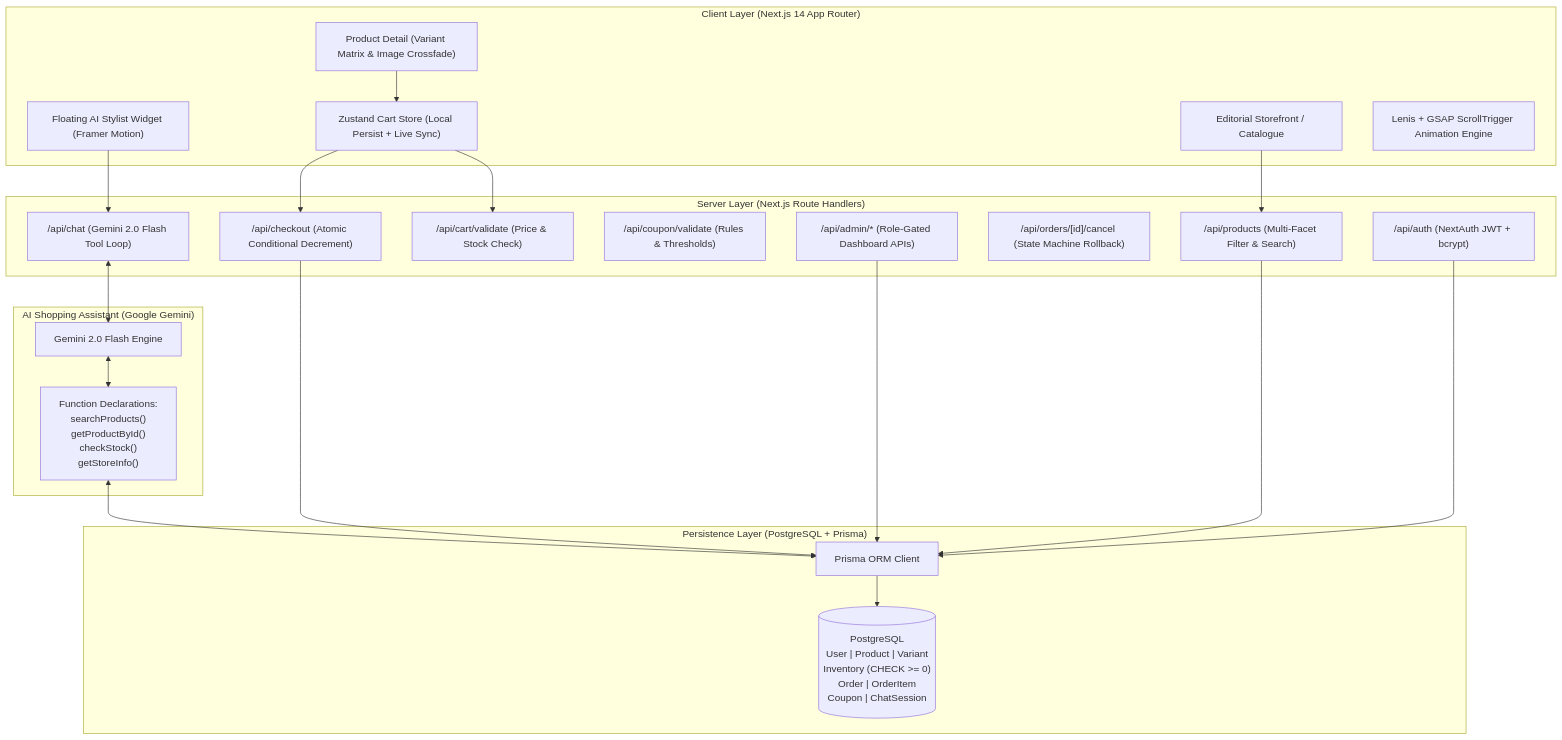
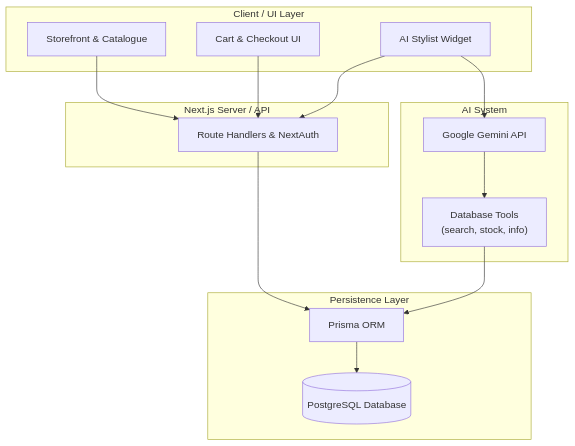
Before and after one commit to PremBorde/Boutique_ecommerce: the diagram in README.md, drawn with Mermaid. The commit also changed other lines of this file and 14 other files, not shown here.

````diff
--- a/README.md
+++ b/README.md
@@ -32,47 +88,32 @@
 ```mermaid
 flowchart TD
-    subgraph Client ["Client Layer (Next.js 14 App Router)"]
-        UI["Editorial Storefront / Catalogue"]
-        PDP["Product Detail (Variant Matrix & Image Crossfade)"]
-        CartStore["Zustand Cart Store (Local Persist + Live Sync)"]
-        ChatUI["Floating AI Stylist Widget (Framer Motion)"]
-        GSAPLayer["Lenis + GSAP ScrollTrigger Animation Engine"]
+    subgraph Client ["Client / UI Layer"]
+        Storefront["Storefront & Catalogue"]
+        Cart["Cart & Checkout UI"]
+        AIChat["AI Stylist Widget"]
     end
 
-    subgraph API ["Server Layer (Next.js Route Handlers)"]
-        AuthRoute["/api/auth (NextAuth JWT + bcrypt)"]
-        ProductsRoute["/api/products (Multi-Facet Filter & Search)"]
-        CartValRoute["/api/cart/validate (Price & Stock Check)"]
-        CouponRoute["/api/coupon/validate (Rules & Thresholds)"]
-        CheckoutRoute["/api/checkout (Atomic Conditional Decrement)"]
-        OrdersRoute["/api/orders/[id]/cancel (State Machine Rollback)"]
-        AdminRoutes["/api/admin/* (Role-Gated Dashboard APIs)"]
-        ChatRoute["/api/chat (Gemini 2.0 Flash Tool Loop)"]
+    subgraph Server ["Next.js Server / API"]
+        AppRouter["Route Handlers & NextAuth"]
     end
 
-    subgraph Database ["Persistence Layer (PostgreSQL + Prisma)"]
-        Prisma["Prisma ORM Client"]
-        Tables[("PostgreSQL\nUser | Product | Variant\nInventory (CHECK >= 0)\nOrder | OrderItem\nCoupon | ChatSession")]
+    subgraph Database ["Persistence Layer"]
+        Prisma["Prisma ORM"]
+        Postgres[("PostgreSQL Database")]
     end
 
-    subgraph AI ["AI Shopping Assistant (Google Gemini)"]
-        Gemini["Gemini 2.0 Flash Engine"]
-        Tools["Function Declarations:\nsearchProducts()\ngetProductById()\ncheckStock()\ngetStoreInfo()"]
+    subgraph AI ["AI System"]
+        Gemini["Google Gemini API"]
+        Tools["Database Tools\n(search, stock, info)"]
     end
 
-    UI --> ProductsRoute
-    PDP --> CartStore
-    CartStore --> CartValRoute
-    CartStore --> CheckoutRoute
-    ChatUI --> ChatRoute
-    
-    ChatRoute <--> Gemini
-    Gemini <--> Tools
-    Tools <--> Prisma
+    Storefront --> AppRouter
+    Cart --> AppRouter
+    AIChat --> AppRouter
+    AppRouter --> Prisma
+    Prisma --> Postgres
 
-    CheckoutRoute --> Prisma
-    AdminRoutes --> Prisma
-    ProductsRoute --> Prisma
-    AuthRoute --> Prisma
-    Prisma --> Tables
+    AIChat --> Gemini
+    Gemini --> Tools
+    Tools --> Prisma
 ```
````
